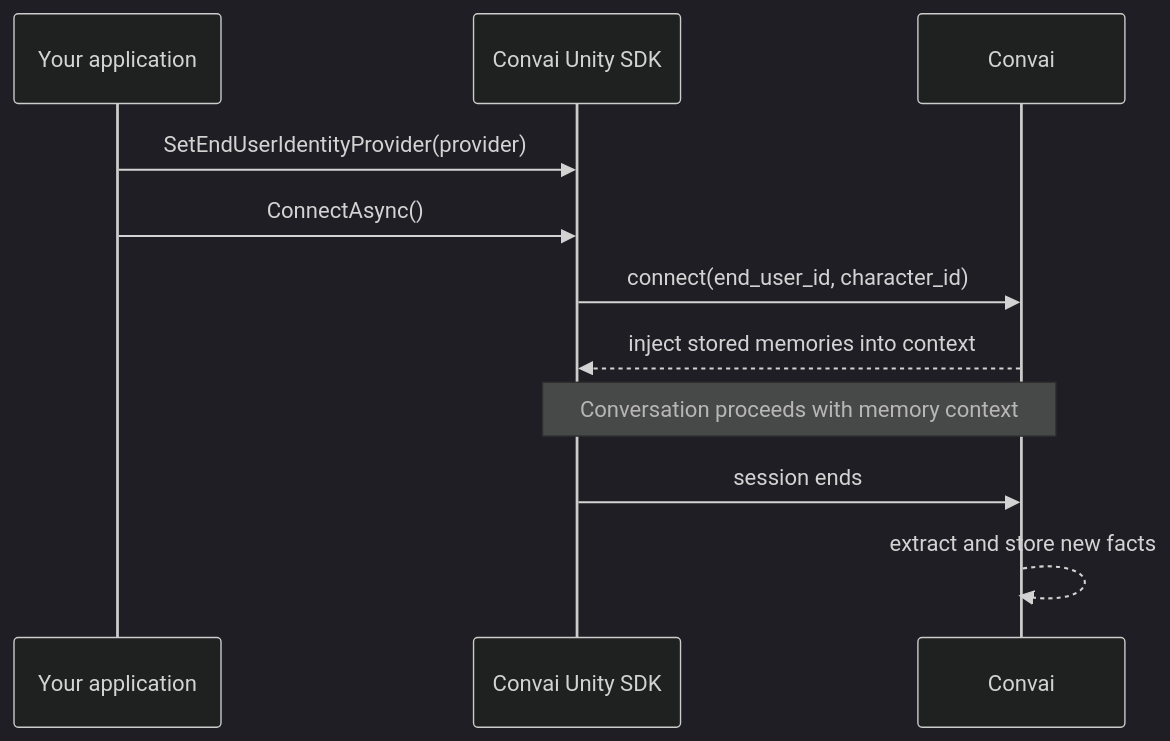
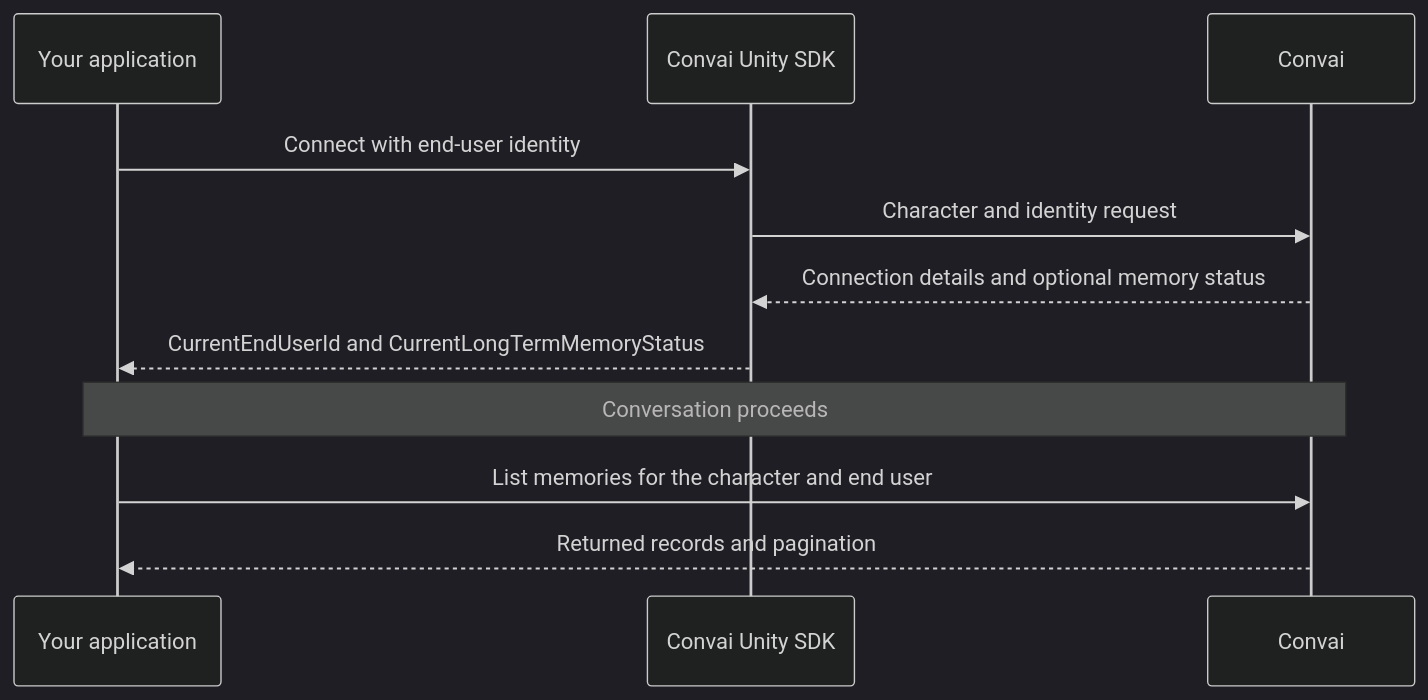
Before and after one commit to Conv-AI/Convai-Documentation: the diagram in plugins-and-integrations/convai-unity-sdk/features/long-term-memory/how-long-term-memory-works.md, drawn with Mermaid (dark theme). The commit also changed other lines of this file and 45 other files, not shown here.

````diff
--- a/plugins-and-integrations/convai-unity-sdk/features/long-term-memory/how-long-term-memory-works.md
+++ b/plugins-and-integrations/convai-unity-sdk/features/long-term-memory/how-long-term-memory-works.md
@@ -13,14 +15,13 @@
 ```mermaid
 sequenceDiagram
     participant App as Your application
     participant SDK as Convai Unity SDK
-    participant Convai as Convai
-
-    App->>SDK: SetEndUserIdentityProvider(provider)
-    App->>SDK: ConnectAsync()
-    SDK->>Convai: connect(end_user_id, character_id)
-    Convai-->>SDK: inject stored memories into context
-    Note over SDK,Convai: Conversation proceeds with memory context
-    SDK->>Convai: session ends
-    Convai-->>Convai: extract and store new facts
+    participant Service as Convai
+    App->>SDK: Connect with end-user identity
+    SDK->>Service: Character and identity request
+    Service-->>SDK: Connection details and optional memory status
+    SDK-->>App: CurrentEndUserId and CurrentLongTermMemoryStatus
+    Note over App,Service: Conversation proceeds
+    App->>Service: List memories for the character and end user
+    Service-->>App: Returned records and pagination
 ```
````
